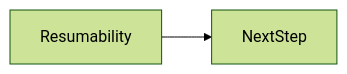
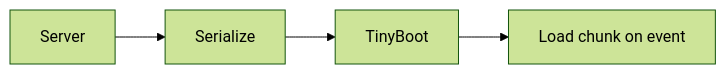
The second of 2 diagrams in docs/en/12-rendering/resumability/index.md (OmidJavaherii/Frontend-Engineering-Handbook), drawn with Mermaid (forest theme) before and after one commit. The commit also changed other lines of this file and 461 other files, not shown here.

````diff
--- a/docs/en/12-rendering/resumability/index.md
+++ b/docs/en/12-rendering/resumability/index.md
@@ -94,4 +107,6 @@
 ```mermaid
 flowchart LR
-  concept[Resumability] --> nextStep[NextStep]
+  Server --> Serialize
+  Serialize --> TinyBoot
+  TinyBoot --> OnEvent[Load chunk on event]
 ```
````
